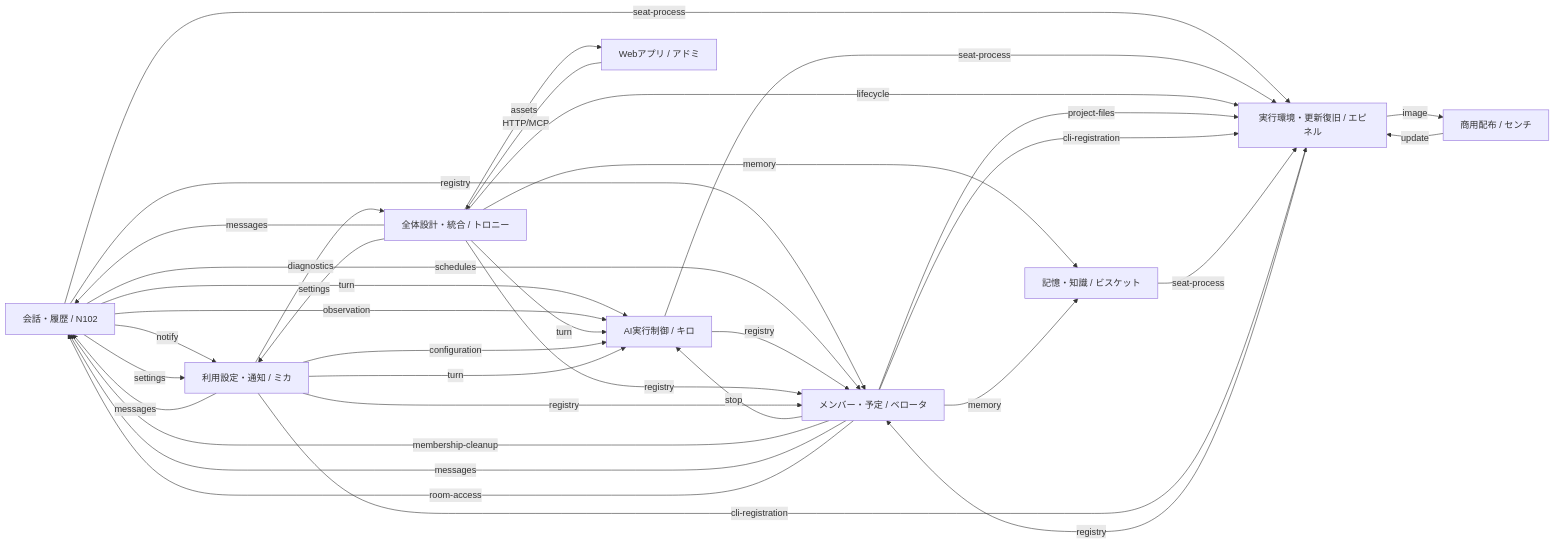
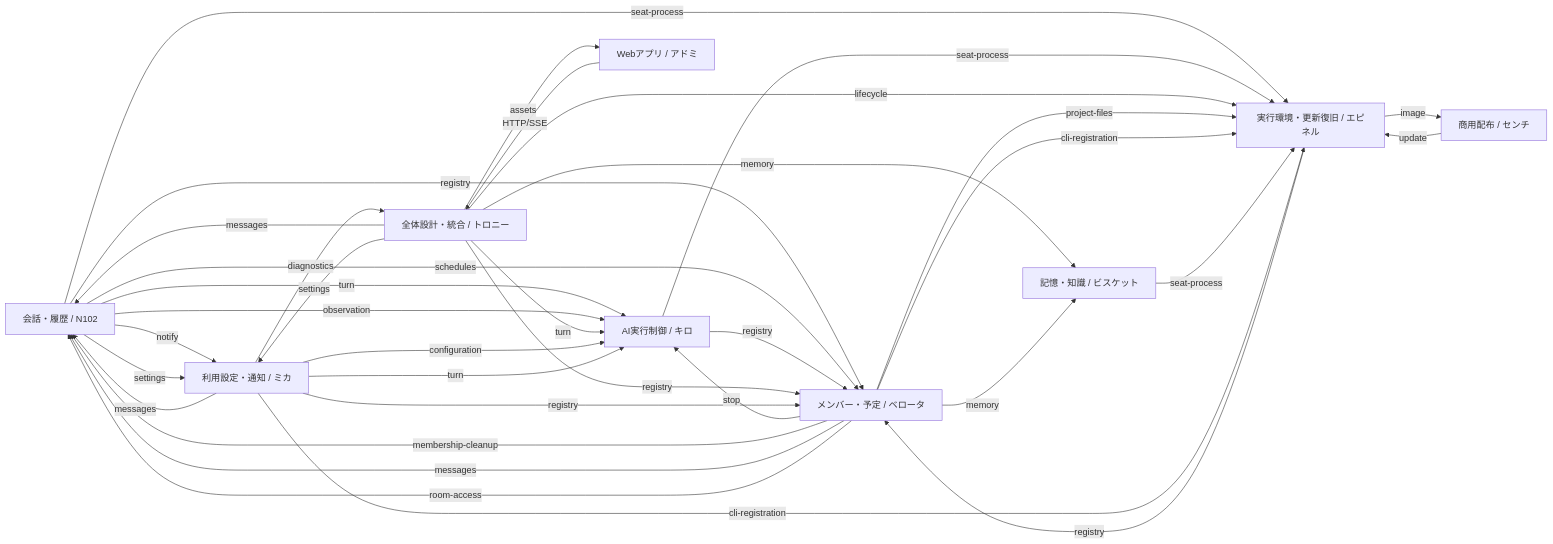
The first of 2 diagrams in docs/architecture/feature-map.md (kitepon/BellTeam), drawn with Mermaid before and after one commit. The commit also changed 3 other files, not shown here.

Commit message:
docs(web): align adopted status and HTTP SSE update boundaries

````diff
--- a/docs/architecture/feature-map.md
+++ b/docs/architecture/feature-map.md
@@ -11,46 +11,46 @@
 ```mermaid
 flowchart LR
   m_conversation["会話・履歴 / N102"]
   m_distribution["商用配布 / センチ"]
   m_execution["AI実行制御 / キロ"]
   m_integration["全体設計・統合 / トロニー"]
   m_members["メンバー・予定 / ベロータ"]
   m_memory["記憶・知識 / ビスケット"]
   m_runtime["実行環境・更新復旧 / エピネル"]
   m_usage["利用設定・通知 / ミカ"]
   m_web["Webアプリ / アドミ"]
   m_conversation -->|"turn"| m_execution
   m_conversation -->|"registry"| m_members
   m_conversation -->|"notify"| m_usage
   m_conversation -->|"schedules"| m_members
   m_conversation -->|"seat-process"| m_runtime
   m_conversation -->|"settings"| m_usage
   m_conversation -->|"observation"| m_execution
   m_distribution -->|"update"| m_runtime
   m_execution -->|"registry"| m_members
   m_execution -->|"seat-process"| m_runtime
   m_integration -->|"turn"| m_execution
   m_integration -->|"messages"| m_conversation
   m_integration -->|"registry"| m_members
   m_integration -->|"settings"| m_usage
   m_integration -->|"memory"| m_memory
   m_integration -->|"lifecycle"| m_runtime
   m_integration -->|"assets"| m_web
   m_members -->|"stop"| m_execution
   m_members -->|"project-files"| m_runtime
   m_members -->|"cli-registration"| m_runtime
   m_members -->|"membership-cleanup"| m_conversation
   m_members -->|"messages"| m_conversation
   m_members -->|"memory"| m_memory
   m_members -->|"room-access"| m_conversation
   m_memory -->|"seat-process"| m_runtime
   m_runtime -->|"registry"| m_members
   m_runtime -->|"image"| m_distribution
   m_usage -->|"registry"| m_members
   m_usage -->|"messages"| m_conversation
   m_usage -->|"cli-registration"| m_runtime
   m_usage -->|"diagnostics"| m_integration
   m_usage -->|"configuration"| m_execution
   m_usage -->|"turn"| m_execution
-  m_web -->|"HTTP/MCP"| m_integration
+  m_web -->|"HTTP/SSE"| m_integration
 ```
````
